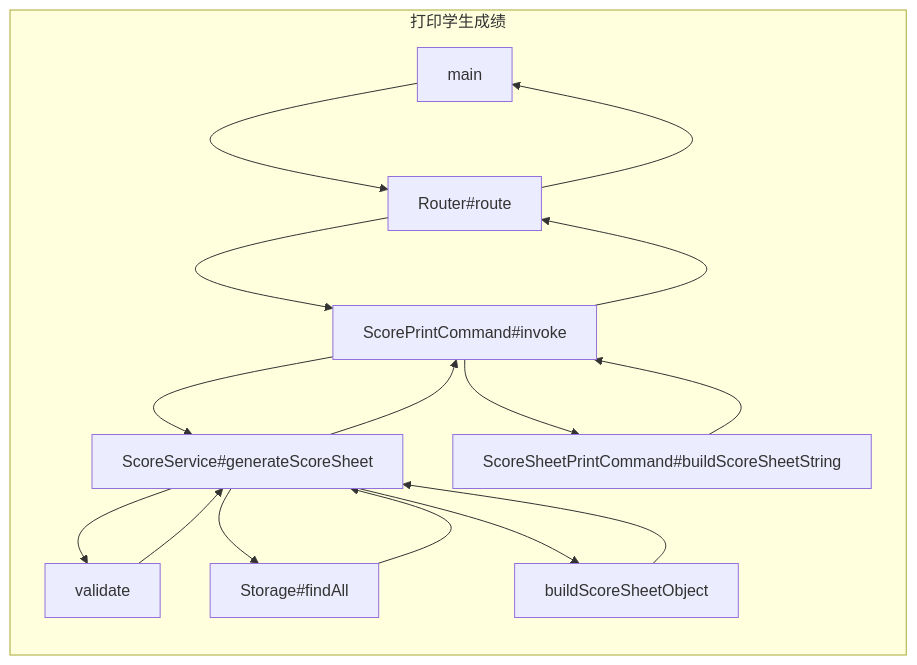
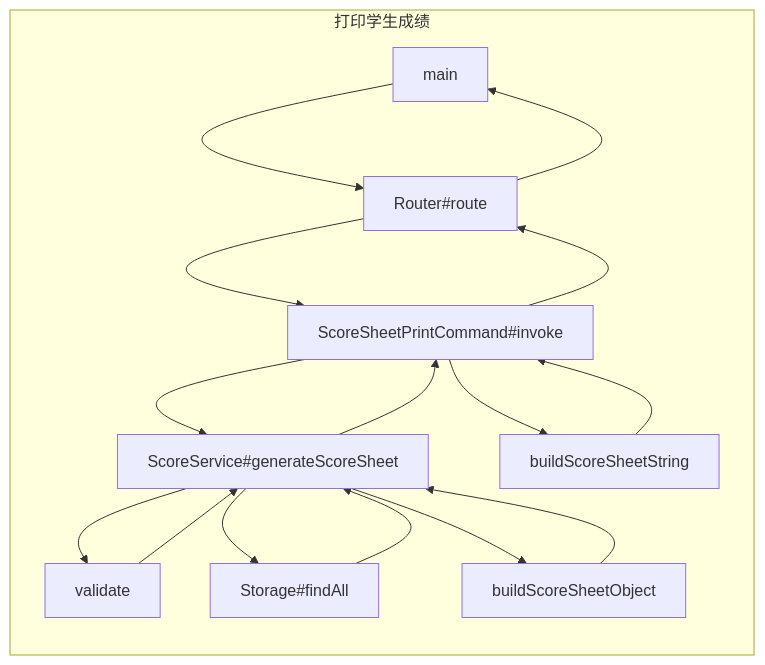
One commit to Ruifeng-Wu/student-command-system changed the second of 4 diagrams in scenario-based tasking.md. Above: the diagram before and after it, drawn with Mermaid. The commit also changed other lines of this file, not shown here.

````diff
--- a/scenario-based tasking.md
+++ b/scenario-based tasking.md
@@ -26,20 +26,20 @@
 ```mermaid
 graph LR;
 subgraph 打印学生成绩
 main-->Router#route
 Router#route-->main
-Router#route-->ScorePrintCommand#invoke
-ScorePrintCommand#invoke-->Router#route
-ScorePrintCommand#invoke-->ScoreService#generateScoreSheet
-ScoreService#generateScoreSheet-->ScorePrintCommand#invoke
+Router#route-->ScoreSheetPrintCommand#invoke
+ScoreSheetPrintCommand#invoke-->Router#route
+ScoreSheetPrintCommand#invoke-->ScoreService#generateScoreSheet
+ScoreService#generateScoreSheet-->ScoreSheetPrintCommand#invoke
 ScoreService#generateScoreSheet-->validate
 validate-->ScoreService#generateScoreSheet
 ScoreService#generateScoreSheet-->Storage#findAll
 Storage#findAll-->ScoreService#generateScoreSheet
 
 ScoreService#generateScoreSheet-->buildScoreSheetObject
 buildScoreSheetObject-->ScoreService#generateScoreSheet
-ScorePrintCommand#invoke-->ScoreSheetPrintCommand#buildScoreSheetString
-ScoreSheetPrintCommand#buildScoreSheetString-->ScorePrintCommand#invoke
+ScoreSheetPrintCommand#invoke-->buildScoreSheetString
+buildScoreSheetString-->ScoreSheetPrintCommand#invoke
 end
 ```
````
